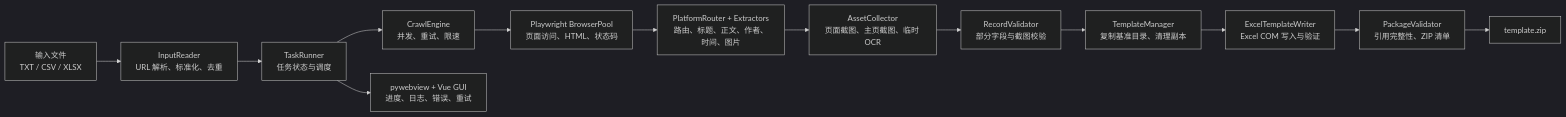
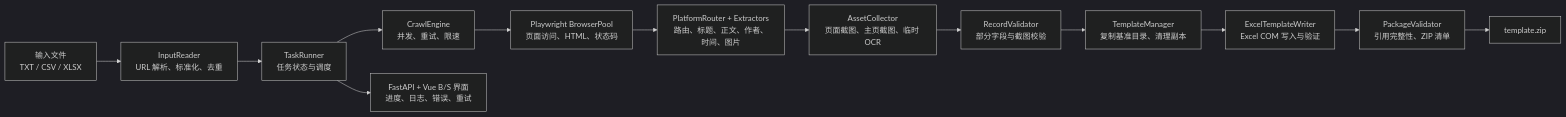
One commit to baixiang-satr/PublicOpinionVerificationReport changed the diagram in design.md. Above: the diagram before and after it, drawn with Mermaid (dark theme). The commit also changed other lines of this file and 4 other files, not shown here.

Commit message:
docs: B/S 架构与 U09/U10/失效候选/LLM 文档同步——README/design/开发者指南改 B/S 描述与端口避坑（6665-6669 封锁段），用户手册补长图截取与 B/S 常见问题，TASKS 记录 U09 完成

````diff
--- a/design.md
+++ b/design.md
@@ -51,15 +51,15 @@
 ```mermaid
 flowchart LR
     A["输入文件\nTXT / CSV / XLSX"] --> B["InputReader\nURL 解析、标准化、去重"]
     B --> C["TaskRunner\n任务状态与调度"]
     C --> D["CrawlEngine\n并发、重试、限速"]
     D --> E["Playwright BrowserPool\n页面访问、HTML、状态码"]
     E --> F["PlatformRouter + Extractors\n路由、标题、正文、作者、时间、图片"]
     F --> G["AssetCollector\n页面截图、主页截图、临时 OCR"]
     G --> H["RecordValidator\n部分字段与截图校验"]
     H --> I["TemplateManager\n复制基准目录、清理副本"]
     I --> J["ExcelTemplateWriter\nExcel COM 写入与验证"]
     J --> K["PackageValidator\n引用完整性、ZIP 清单"]
     K --> L["template.zip"]
-    C --> M["pywebview + Vue GUI\n进度、日志、错误、重试"]
+    C --> M["FastAPI + Vue B/S 界面\n进度、日志、错误、重试"]
 ```
````
